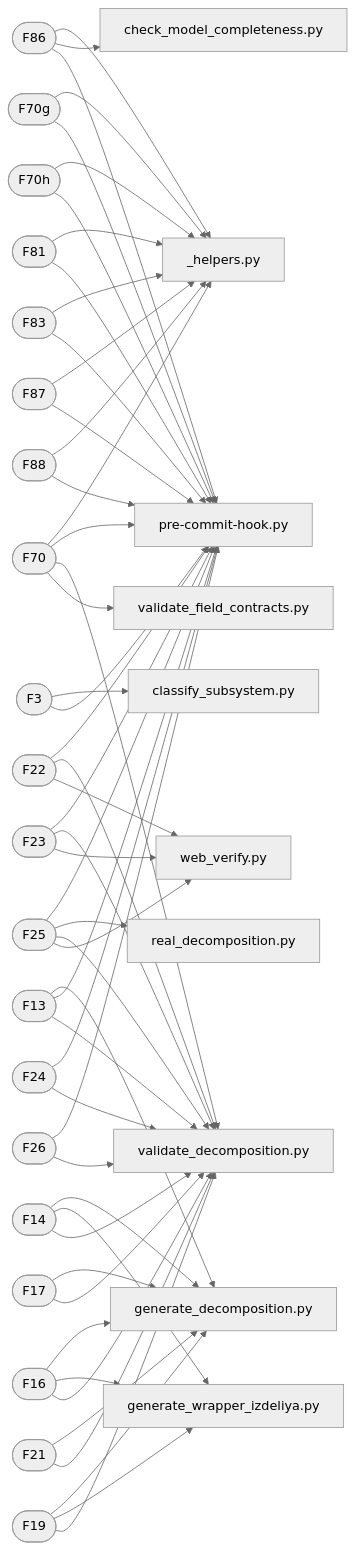
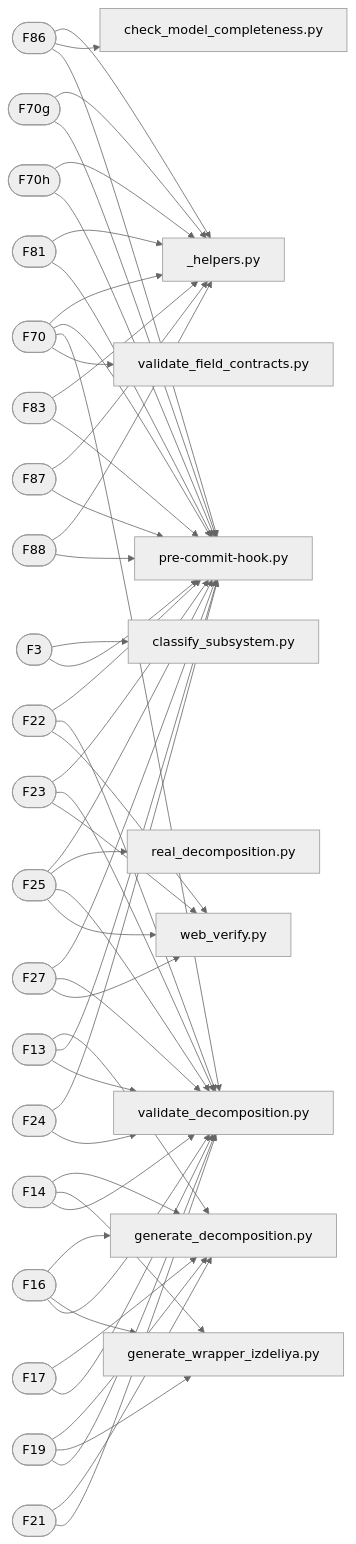
Before and after one commit to a-m-e-n-t-e-t/SkyNet: the diagram in graphs/mermaid/graph3_traceability.md, drawn with Mermaid (neutral theme). The commit also changed other lines of this file and 11 other files, not shown here.

````diff
--- a/graphs/mermaid/graph3_traceability.md
+++ b/graphs/mermaid/graph3_traceability.md
@@ -69,6 +69,13 @@
     F23 --> script_validate_decomposition_py
     script_web_verify_py[web_verify.py]
     F23 --> script_web_verify_py
+    F27([F27])
+    script_pre-commit-hook_py[pre-commit-hook.py]
+    F27 --> script_pre-commit-hook_py
+    script_validate_decomposition_py[validate_decomposition.py]
+    F27 --> script_validate_decomposition_py
+    script_web_verify_py[web_verify.py]
+    F27 --> script_web_verify_py
     F70g([F70g])
     script__helpers_py[_helpers.py]
     F70g --> script__helpers_py
@@ -119,9 +126,4 @@
     F24 --> script_pre-commit-hook_py
     script_validate_decomposition_py[validate_decomposition.py]
     F24 --> script_validate_decomposition_py
-    F26([F26])
-    script_pre-commit-hook_py[pre-commit-hook.py]
-    F26 --> script_pre-commit-hook_py
-    script_validate_decomposition_py[validate_decomposition.py]
-    F26 --> script_validate_decomposition_py
 ```
````
